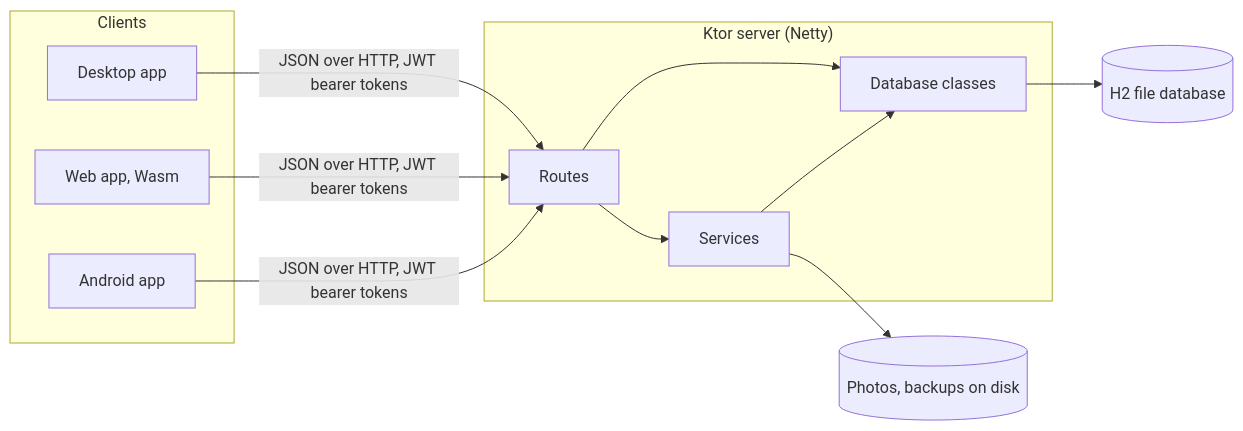
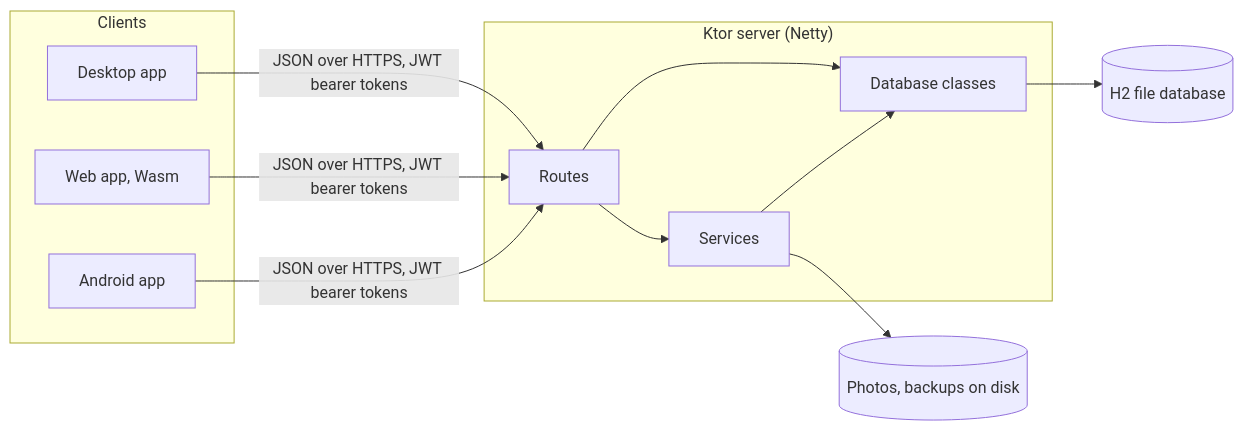
One commit to Mr0btain/TicketMan changed the first of 2 diagrams in docs/architecture/overview.md. Above: the diagram before and after it, drawn with Mermaid. The commit also changed other lines of this file and 95 other files, not shown here.

````diff
--- a/docs/architecture/overview.md
+++ b/docs/architecture/overview.md
@@ -9,16 +9,16 @@
 ```mermaid
 flowchart LR
     subgraph Clients
         D[Desktop app]
         W[Web app, Wasm]
         A[Android app]
     end
     subgraph Server["Ktor server (Netty)"]
         R[Routes] --> S[Services]
         R --> DB[Database classes]
         S --> DB
     end
-    D & W & A -- "JSON over HTTP, JWT bearer tokens" --> R
+    D & W & A -- "JSON over HTTPS, JWT bearer tokens" --> R
     DB --> H2[(H2 file database)]
     S --> F[(Photos, backups on disk)]
 ```
````
